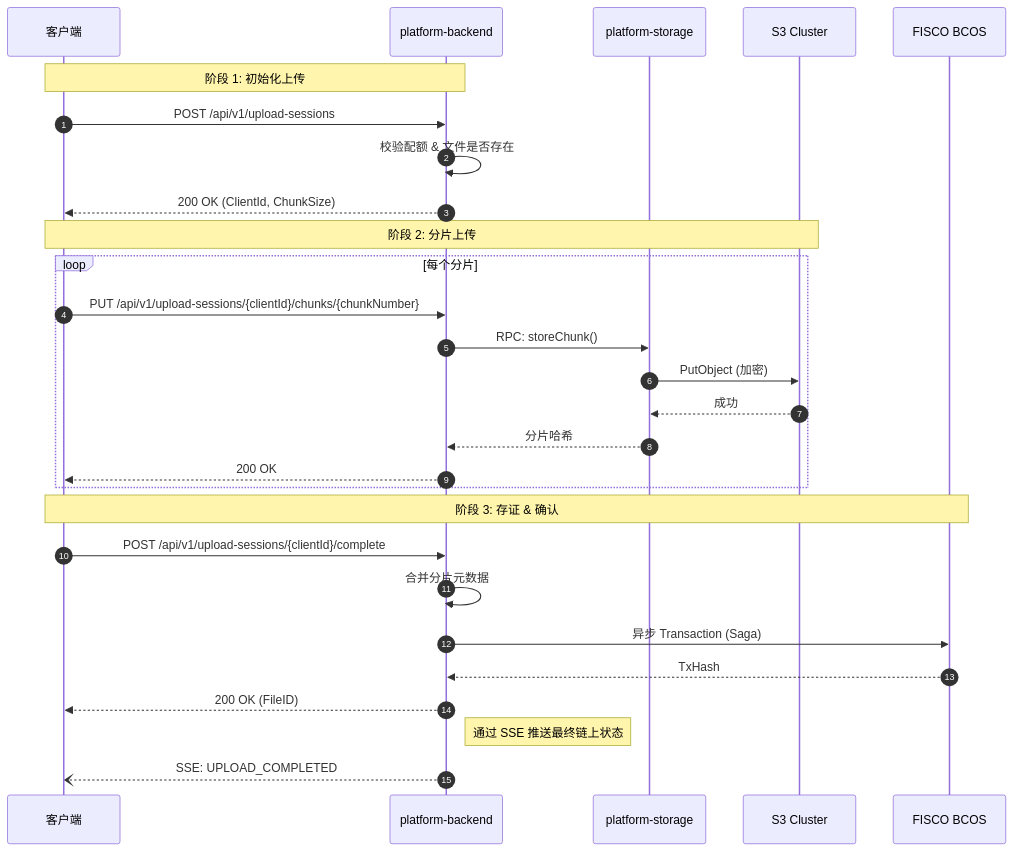
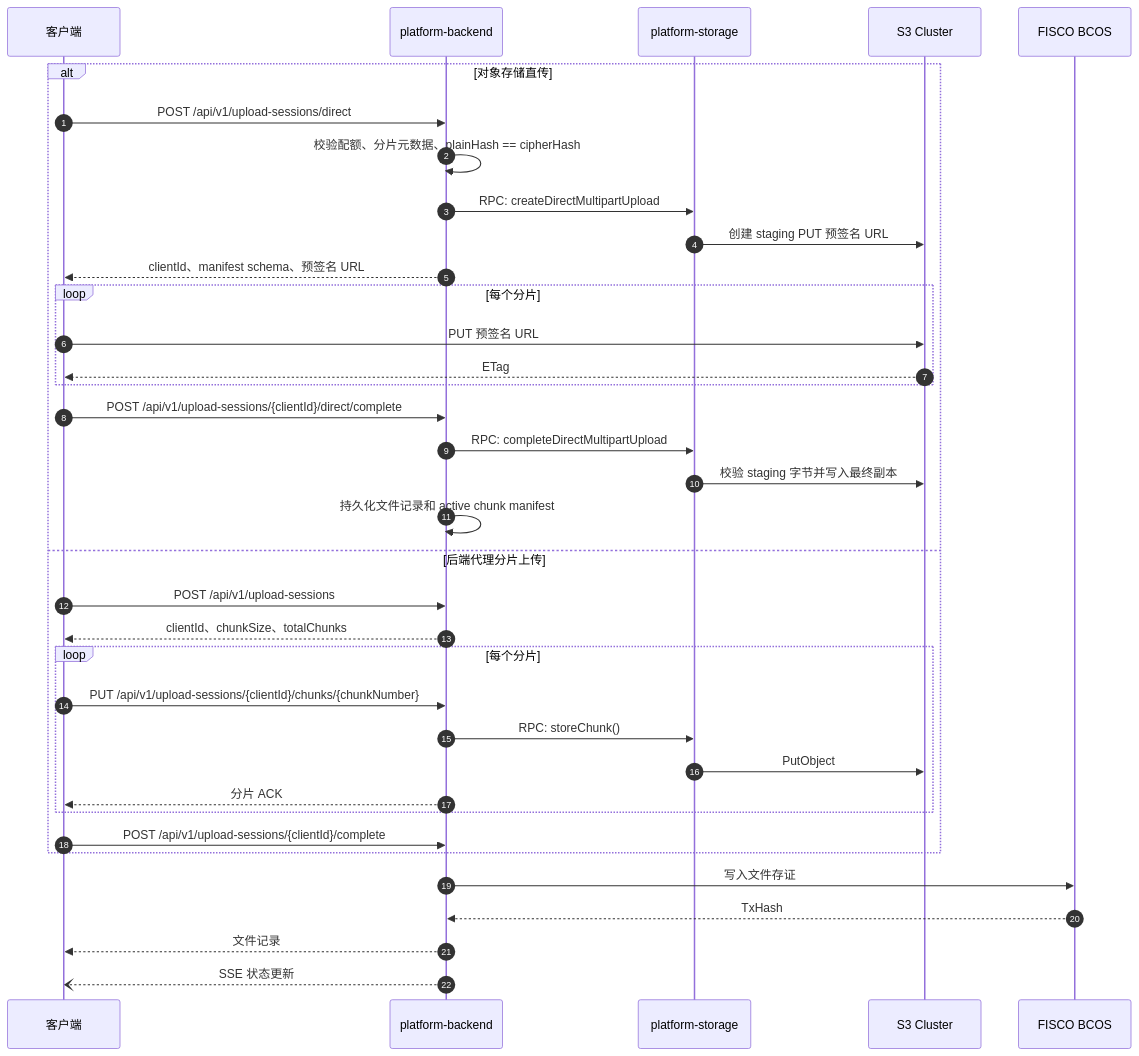
The second of 9 diagrams in docs/zh/architecture/system-overview.md (SoarCollab/RecordPlatform), drawn with Mermaid before and after one commit. The commit also changed other lines of this file and 10 other files, not shown here.

Commit message:
docs: align contracts with strict upload flows

````diff
--- a/docs/zh/architecture/system-overview.md
+++ b/docs/zh/architecture/system-overview.md
@@ -108,35 +108,41 @@
 ```mermaid
 sequenceDiagram
     autonumber
 
     participant Client as 客户端
     participant Backend as platform-backend
     participant Storage as platform-storage
     participant S3 as S3 Cluster
     participant Chain as FISCO BCOS
 
-    Note over Client, Backend: 阶段 1: 初始化上传
-    Client->>Backend: POST /api/v1/upload-sessions
-    Backend->>Backend: 校验配额 & 文件是否存在
-    Backend-->>Client: 200 OK (ClientId, ChunkSize)
-
-    Note over Client, S3: 阶段 2: 分片上传
-    loop 每个分片
-        Client->>Backend: PUT /api/v1/upload-sessions/{clientId}/chunks/{chunkNumber}
-        Backend->>Storage: RPC: storeChunk()
-        Storage->>S3: PutObject (加密)
-        S3-->>Storage: 成功
-        Storage-->>Backend: 分片哈希
-        Backend-->>Client: 200 OK
+    alt 对象存储直传
+        Client->>Backend: POST /api/v1/upload-sessions/direct
+        Backend->>Backend: 校验配额、分片元数据、plainHash == cipherHash
+        Backend->>Storage: RPC: createDirectMultipartUpload
+        Storage->>S3: 创建 staging PUT 预签名 URL
+        Backend-->>Client: clientId、manifest schema、预签名 URL
+        loop 每个分片
+            Client->>S3: PUT 预签名 URL
+            S3-->>Client: ETag
+        end
+        Client->>Backend: POST /api/v1/upload-sessions/{clientId}/direct/complete
+        Backend->>Storage: RPC: completeDirectMultipartUpload
+        Storage->>S3: 校验 staging 字节并写入最终副本
+        Backend->>Backend: 持久化文件记录和 active chunk manifest
+    else 后端代理分片上传
+        Client->>Backend: POST /api/v1/upload-sessions
+        Backend-->>Client: clientId、chunkSize、totalChunks
+        loop 每个分片
+            Client->>Backend: PUT /api/v1/upload-sessions/{clientId}/chunks/{chunkNumber}
+            Backend->>Storage: RPC: storeChunk()
+            Storage->>S3: PutObject
+            Backend-->>Client: 分片 ACK
+        end
+        Client->>Backend: POST /api/v1/upload-sessions/{clientId}/complete
     end
 
-    Note over Client, Chain: 阶段 3: 存证 & 确认
-    Client->>Backend: POST /api/v1/upload-sessions/{clientId}/complete
-    Backend->>Backend: 合并分片元数据
-    Backend->>Chain: 异步 Transaction (Saga)
+    Backend->>Chain: 写入文件存证
     Chain-->>Backend: TxHash
-    Backend-->>Client: 200 OK (FileID)
-
-    Note right of Backend: 通过 SSE 推送最终链上状态
-    Backend--)Client: SSE: UPLOAD_COMPLETED
+    Backend-->>Client: 文件记录
+    Backend--)Client: SSE 状态更新
 ```
````
